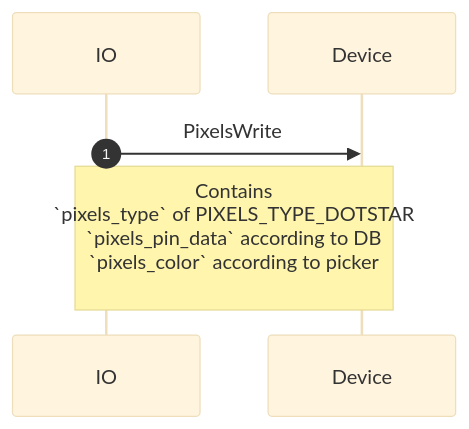
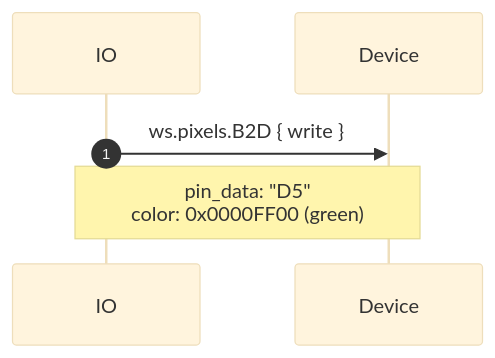
One commit to adafruit/Wippersnapper_Protobuf changed the seventh of 10 diagrams in proto/wippersnapper/docs/pixels.md. Above: the diagram before and after it, drawn with Mermaid (base theme). The commit also changed other lines of this file and 10 other files, not shown here.

````diff
--- a/proto/wippersnapper/docs/pixels.md
+++ b/proto/wippersnapper/docs/pixels.md
@@ -81,6 +142,6 @@
 ```mermaid
 sequenceDiagram
 autonumber
-IO->>Device: PixelsWrite
-Note over IO, Device: Contains<br> `pixels_type` of PIXELS_TYPE_DOTSTAR<br>`pixels_pin_data` according to DB<br>`pixels_color` according to picker<br>
+IO->>Device: ws.pixels.B2D { write }
+Note over IO, Device: pin_data: "D5"<br/>color: 0x0000FF00 (green)
 ```
````
